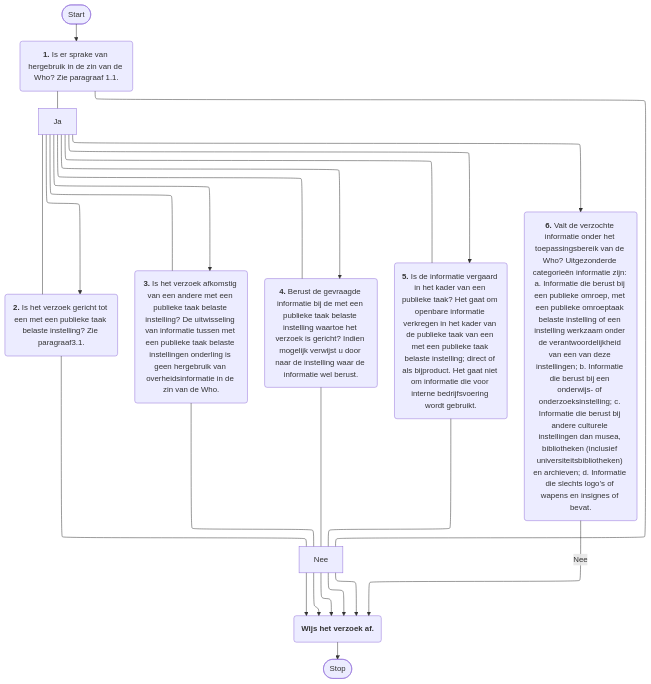
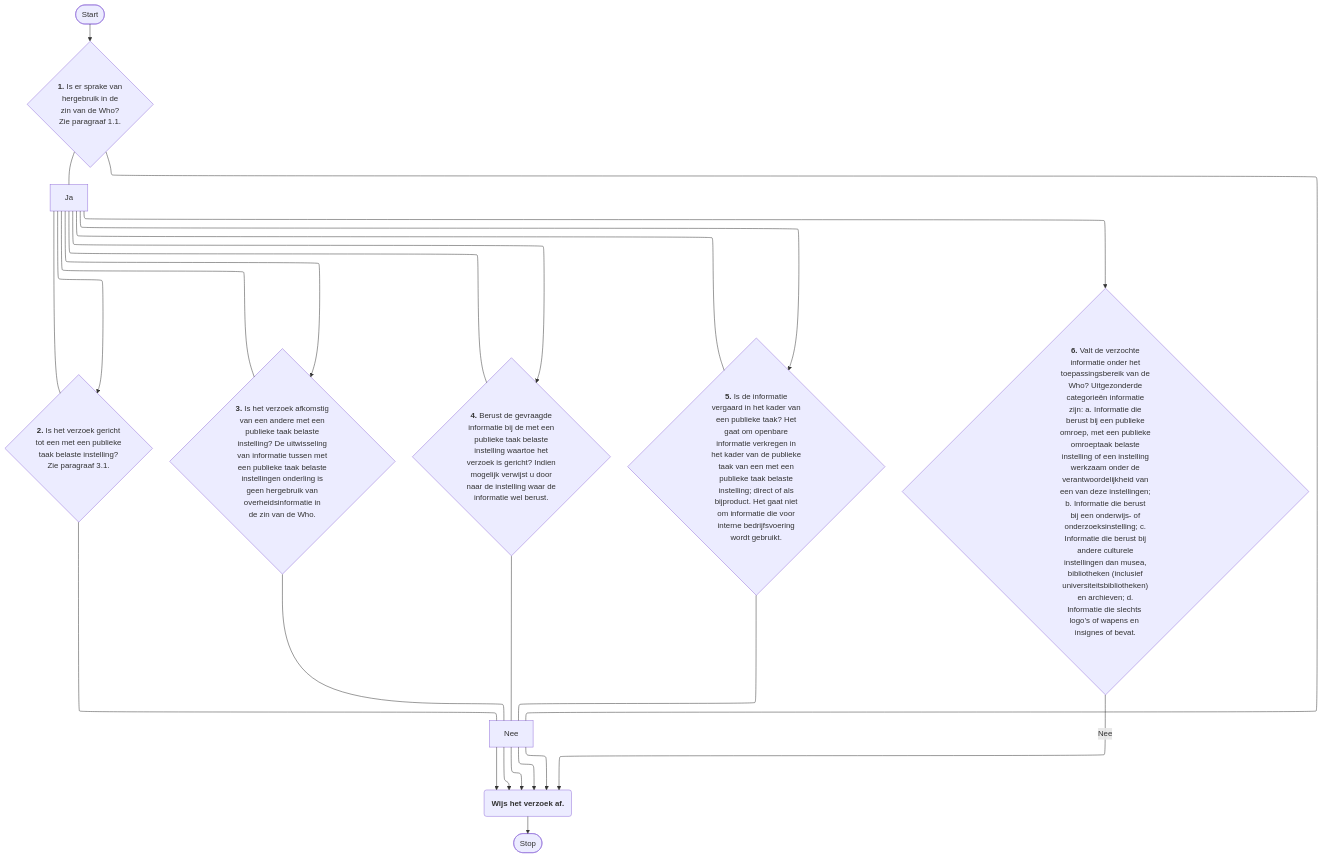
One commit to VNG-Realisatie/VNG-R-Respec-Template changed the third of 11 diagrams in mermaid.md. Above: the diagram before and after it, drawn with Mermaid.

````diff
--- a/mermaid.md
+++ b/mermaid.md
@@ -79,17 +79,17 @@
 ```mermaid
 %%{init: {"flowchart": {"defaultRenderer": "elk"}} }%%
 graph TD
-    A([Start])---->B("<b>1.</b> Is er sprake van hergebruik in de zin van de Who? Zie paragraaf 1.1.")
-    B("<b>1.</b> Is er sprake van hergebruik in de zin van de Who? Zie paragraaf 1.1.")--- Nee --->L("<b>Wijs het verzoek af.</b>")
-    B("<b>1.</b> Is er sprake van hergebruik in de zin van de Who? Zie paragraaf 1.1.")--- Ja --->C("<b>2.</b> Is het verzoek gericht tot een met een publieke taak belaste instelling? Zie paragraaf3.1.")
-    C("<b>2.</b> Is het verzoek gericht tot een met een publieke taak belaste instelling? Zie paragraaf3.1.")--- Nee --->L("<b>Wijs het verzoek af.</b>")
-    C("<b>2.</b> Is het verzoek gericht tot een met een publieke taak belaste instelling? Zie paragraaf3.1.")--- Ja --->D("<b>3.</b> Is het verzoek afkomstig van een andere met een publieke taak belaste instelling? De uitwisseling van informatie tussen met een publieke taak belaste instellingen onderling is geen hergebruik van overheidsinformatie in de zin van de Who.")
-    D("<b>3.</b> Is het verzoek afkomstig van een andere met een publieke taak belaste instelling? De uitwisseling van informatie tussen met een publieke taak belaste instellingen onderling is geen hergebruik van overheidsinformatie in de zin van de Who.")--- Nee --->L("<b>Wijs het verzoek af.</b>")
-    D("<b>3.</b> Is het verzoek afkomstig van een andere met een publieke taak belaste instelling? De uitwisseling van informatie tussen met een publieke taak belaste instellingen onderling is geen hergebruik van overheidsinformatie in de zin van de Who.")--- Ja --->E("<b>4.</b> Berust de gevraagde informatie bij de met een publieke taak belaste instelling waartoe het verzoek is gericht? Indien mogelijk verwijst u door naar de instelling waar de informatie wel berust.")
-    E("<b>4.</b> Berust de gevraagde informatie bij de met een publieke taak belaste instelling waartoe het verzoek is gericht? Indien mogelijk verwijst u door naar de instelling waar de informatie wel berust.")--- Nee --->L("<b>Wijs het verzoek af.</b>")
-    E("<b>4.</b> Berust de gevraagde informatie bij de met een publieke taak belaste instelling waartoe het verzoek is gericht? Indien mogelijk verwijst u door naar de instelling waar de informatie wel berust.")--- Ja ---> F("<b>5.</b> Is de informatie vergaard in het kader van een publieke taak? Het gaat om openbare informatie verkregen in het kader van de publieke taak van een met een publieke taak belaste instelling; direct of als bijproduct. Het gaat niet om informatie die voor interne bedrijfsvoering wordt gebruikt.")
-    F("<b>5.</b> Is de informatie vergaard in het kader van een publieke taak? Het gaat om openbare informatie verkregen in het kader van de publieke taak van een met een publieke taak belaste instelling; direct of als bijproduct. Het gaat niet om informatie die voor interne bedrijfsvoering wordt gebruikt.")--- Nee --->L("<b>Wijs het verzoek af.</b>")
-    F("<b>5.</b> Is de informatie vergaard in het kader van een publieke taak? Het gaat om openbare informatie verkregen in het kader van de publieke taak van een met een publieke taak belaste instelling; direct of als bijproduct. Het gaat niet om informatie die voor interne bedrijfsvoering wordt gebruikt.")--- Ja --->G("<b>6.</b> Valt de verzochte informatie onder het toepassingsbereik van de Who? Uitgezonderde categorieën informatie zijn: a. Informatie die berust bij een publieke omroep, met een publieke omroeptaak belaste instelling of een instelling werkzaam onder de verantwoordelijkheid van een van deze instellingen; b. Informatie die berust bij een onderwijs- of onderzoeksinstelling; c. Informatie die berust bij andere culturele instellingen dan musea, bibliotheken (inclusief universiteitsbibliotheken) en archieven; d. Informatie die slechts logo’s of wapens en insignes of bevat.")
-    G("<b>6.</b> Valt de verzochte informatie onder het toepassingsbereik van de Who? Uitgezonderde categorieën informatie zijn: a. Informatie die berust bij een publieke omroep, met een publieke omroeptaak belaste instelling of een instelling werkzaam onder de verantwoordelijkheid van een van deze instellingen; b. Informatie die berust bij een onderwijs- of onderzoeksinstelling; c. Informatie die berust bij andere culturele instellingen dan musea, bibliotheken (inclusief universiteitsbibliotheken) en archieven; d. Informatie die slechts logo’s of wapens en insignes of bevat.")-- Nee --->L("<b>Wijs het verzoek af.</b>")
+    A([Start])---->B{"<b>1.</b> Is er sprake van<br/>hergebruik in de<br/>zin van de Who?<br/>ie paragraaf 1.1."}
+    B{"<b>1.</b> Is er sprake van<br/>hergebruik in de<br/>zin van de Who?<br/>Zie paragraaf 1.1."}--- Nee --->L("<b>Wijs het verzoek af.</b>")
+    B{"<b>1.</b> Is er sprake van<br/>hergebruik in de<br/>zin van de Who?<br/>Zie paragraaf 1.1."}--- Ja --->C{"<b>2.</b> Is het verzoek gericht<br/>tot een met een publieke<br/>taak belaste instelling?<br/>Zie paragraaf 3.1."}
+    C{"<b>2.</b> Is het verzoek gericht<br/>tot een met een publieke<br/>taak belaste instelling?<br/>Zie paragraaf 3.1."}--- Nee --->L("<b>Wijs het verzoek af.</b>")
+    C{"<b>2.</b> Is het verzoek gericht<br/>tot een met een publieke<br/>taak belaste instelling?<br/>Zie paragraaf 3.1."}--- Ja --->D{"<b>3.</b> Is het verzoek afkomstig<br/>van een andere met een<br/>publieke taak belaste<br/>instelling? De uitwisseling<br/>van informatie tussen met<br/>een publieke taak belaste<br/>instellingen onderling is<br/>geen hergebruik van<br/>overheidsinformatie in<br/>de zin van de Who."}
+    D{"<b>3.</b> Is het verzoek afkomstig<br/>van een andere met een<br/>publieke taak belaste<br/>instelling? De uitwisseling<br/>van informatie tussen met<br/>een publieke taak belaste<br/>instellingen onderling is<br/>geen hergebruik van<br/>overheidsinformatie in<br/>de zin van de Who."}--- Nee --->L("<b>Wijs het verzoek af.</b>")
+    D{"<b>3.</b> Is het verzoek afkomstig<br/>van een andere met een<br/>publieke taak belaste<br/>instelling? De uitwisseling<br/>van informatie tussen met<br/>een publieke taak belaste<br/>instellingen onderling is<br/>geen hergebruik van<br/>overheidsinformatie in<br/>de zin van de Who."}--- Ja --->E{"<b>4.</b> Berust de gevraagde<br/>informatie bij de met een<br/>publieke taak belaste<br/>instelling waartoe het<br/>verzoek is gericht? Indien<br/>mogelijk verwijst u door<br/>naar de instelling waar de<br/>informatie wel berust."}
+    E{"<b>4.</b> Berust de gevraagde<br/>informatie bij de met een<br/>publieke taak belaste<br/>instelling waartoe het<br/>verzoek is gericht? Indien<br/>mogelijk verwijst u door<br/>naar de instelling waar de<br/>informatie wel berust."}--- Nee --->L("<b>Wijs het verzoek af.</b>")
+    E{"<b>4.</b> Berust de gevraagde<br/>informatie bij de met een<br/>publieke taak belaste<br/>instelling waartoe het<br/>verzoek is gericht? Indien<br/>mogelijk verwijst u door<br/>naar de instelling waar de<br/>informatie wel berust."}--- Ja ---> F{"<b>5.</b> Is de informatie<br/>vergaard in het kader van<br/>een publieke taak? Het<br/>gaat om openbare<br/>informatie verkregen in<br/>het kader van de publieke<br/>taak van een met een<br/>publieke taak belaste<br/>instelling; direct of als<br/>bijproduct. Het gaat niet<br/>om informatie die voor<br/>interne bedrijfsvoering<br/>wordt gebruikt."}
+    F{"<b>5.</b> Is de informatie<br/>vergaard in het kader van<br/>een publieke taak? Het<br/>gaat om openbare<br/>informatie verkregen in<br/>het kader van de publieke<br/>taak van een met een<br/>publieke taak belaste<br/>instelling; direct of als<br/>bijproduct. Het gaat niet<br/>om informatie die voor<br/>interne bedrijfsvoering<br/>wordt gebruikt."}--- Nee --->L("<b>Wijs het verzoek af.</b>")
+    F{"<b>5.</b> Is de informatie<br/>vergaard in het kader van<br/>een publieke taak? Het<br/>gaat om openbare<br/>informatie verkregen in<br/>het kader van de publieke<br/>taak van een met een<br/>publieke taak belaste<br/>instelling; direct of als<br/>bijproduct. Het gaat niet<br/>om informatie die voor<br/>interne bedrijfsvoering<br/>wordt gebruikt."}--- Ja --->G{"<b>6.</b> Valt de verzochte<br/>informatie onder het<br/>toepassingsbereik van de<br/>Who? Uitgezonderde<br/>categorieën informatie<br/>zijn: a. Informatie die<br/>berust bij een publieke<br/>omroep, met een publieke<br/>omroeptaak belaste<br/>instelling of een instelling<br/>werkzaam onder de<br/>verantwoordelijkheid van<br/>een van deze instellingen;<br/>b. Informatie die berust<br/>bij een onderwijs- of<br/>onderzoeksinstelling; c.<br/>Informatie die berust bij<br/>andere culturele<br/>instellingen dan musea,<br/>bibliotheken (inclusief<br/>universiteitsbibliotheken)<br/>en archieven; d.<br/>Informatie die slechts logo’s of wapens en insignes of bevat."}
+    G{"<b>6.</b> Valt de verzochte<br/>informatie onder het<br/>toepassingsbereik van de<br/>Who? Uitgezonderde<br/>categorieën informatie<br/>zijn: a. Informatie die<br/>berust bij een publieke<br/>omroep, met een publieke<br/>omroeptaak belaste<br/>instelling of een instelling<br/>werkzaam onder de<br/>verantwoordelijkheid van<br/>een van deze instellingen;<br/>b. Informatie die berust<br/>bij een onderwijs- of<br/>onderzoeksinstelling; c.<br/>Informatie die berust bij<br/>andere culturele<br/>instellingen dan musea,<br/>bibliotheken (inclusief<br/>universiteitsbibliotheken)<br/>en archieven; d.<br/>Informatie die slechts logo’s of wapens en insignes of bevat."}-- Nee --->L("<b>Wijs het verzoek af.</b>")
     L("<b>Wijs het verzoek af.</b>")---->X([Stop])
 ```
````
